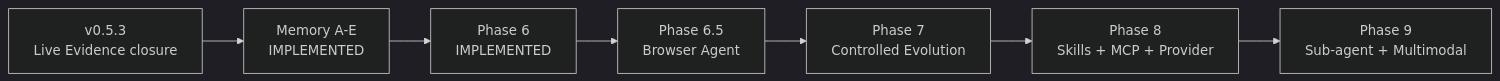
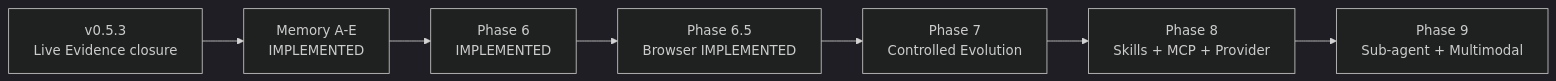
One commit to NEDONION/lobster0 changed the second of 2 diagrams in README_EN.md. Above: the diagram before and after it, drawn with Mermaid (dark theme). The commit also changed other lines of this file and 17 other files, not shown here.

Commit message:
docs(phase6.5): 同步 Browser architecture 与 release evidence

````diff
--- a/README_EN.md
+++ b/README_EN.md
@@ -253,9 +275,9 @@
 ```mermaid
 flowchart LR
     P53["v0.5.3\nLive Evidence closure"] --> MA["Memory A-E\nIMPLEMENTED"]
     MA --> P6["Phase 6\nIMPLEMENTED"]
-    P6 --> P65["Phase 6.5\nBrowser Agent"]
+    P6 --> P65["Phase 6.5\nBrowser IMPLEMENTED"]
     P65 --> P7["Phase 7\nControlled Evolution"]
     P7 --> P8["Phase 8\nSkills + MCP + Provider"]
     P8 --> P9["Phase 9\nSub-agent + Multimodal"]
 ```
````
